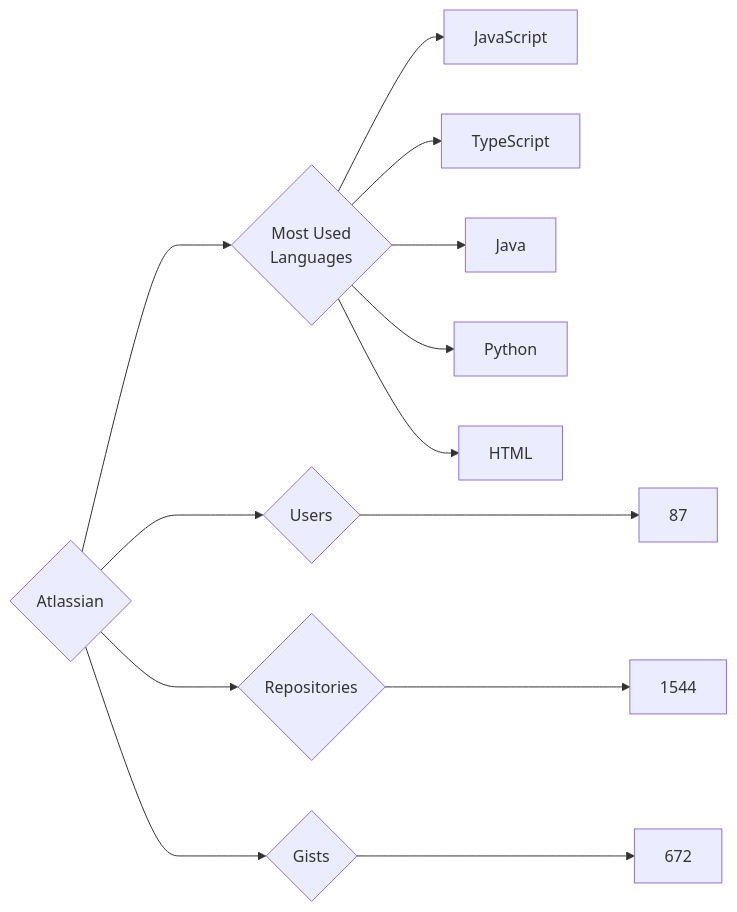
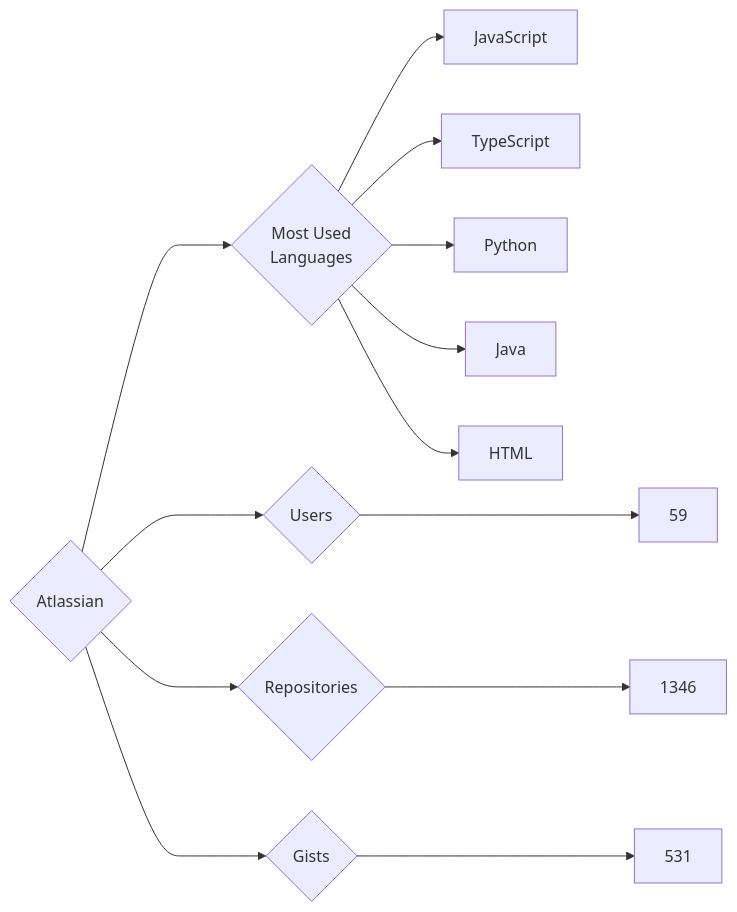
Before and after one commit to trickest/insiders: the diagram in targets/Atlassian/README.md, drawn with Mermaid. The commit also changed 916 other files, not shown here.

````diff
--- a/targets/Atlassian/README.md
+++ b/targets/Atlassian/README.md
@@ -3,13 +3,13 @@
 ```mermaid
 graph LR
 COMPANY_NAME{Atlassian}
-COMPANY_NAME ---> U{Users} ---> UN[87]
-COMPANY_NAME ---> R{Repositories} ---> RN[1544]
-COMPANY_NAME ---> G{Gists} ---> GN[672]
+COMPANY_NAME ---> U{Users} ---> UN[59]
+COMPANY_NAME ---> R{Repositories} ---> RN[1346]
+COMPANY_NAME ---> G{Gists} ---> GN[531]
 COMPANY_NAME ---> ML{Most Used<br>Languages}
 ML --> JavaScript[JavaScript]
 ML --> TypeScript[TypeScript]
+ML --> Python[Python]
 ML --> Java[Java]
-ML --> Python[Python]
 ML --> HTML[HTML]
 ```
````
